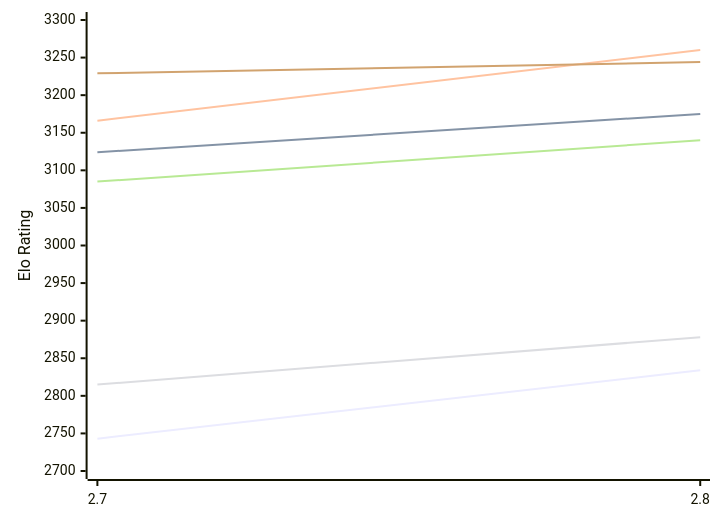
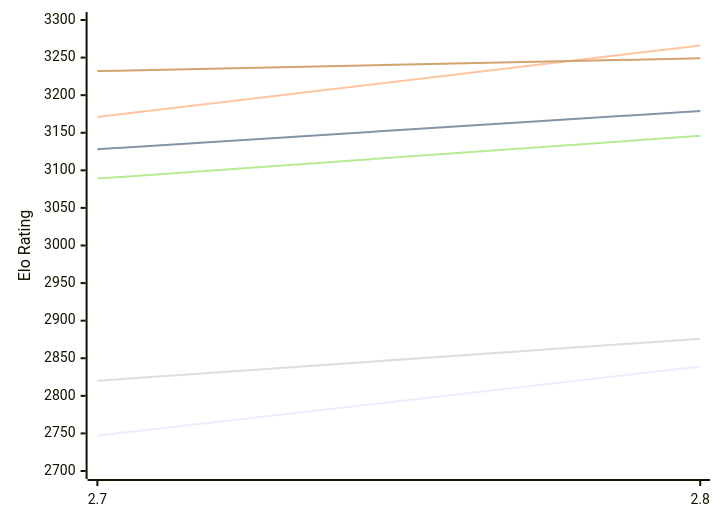
The first of 2 diagrams in engines/Arcanum.md (computer-chess-index/cci), drawn with Mermaid before and after one commit. The commit also changed other lines of this file, not shown here.

Commit message:
Update CCI Ratings (ELO VLTC) - 2026-11-20

````diff
--- a/engines/Arcanum.md
+++ b/engines/Arcanum.md
@@ -50,12 +50,12 @@
 ```mermaid
 %%{init: {"theme":"base","themeVariables":{"seriesColors:['#a3a3a3','#222221','#faa371']}}}%%
 xychart-beta
   x-axis ["2.7", "2.8"]
   y-axis "Elo Rating" 2700 --> 3300
-  line "E1: STC (8.0+0.08s)" [2743, 2834]
-  line "E1: LTC (60.0+0.60s)" [3124, 3175]
-  line "E1: VLTC (2m24s+1.12s)" [3166, 3260]
-  line "P1: STC (8.0+0.08s)" [2815, 2878]
-  line "P1: LTC (60.0+0.60s)" [3085, 3140]
-  line "P1: VLTC (2m24s+1.12s)" [3229, 3244]
+  line "E1: STC (8.0+0.08s)" [2747, 2839]
+  line "E1: LTC (60.0+0.60s)" [3128, 3179]
+  line "E1: VLTC (2m24s+1.12s)" [3171, 3266]
+  line "P1: STC (8.0+0.08s)" [2820, 2876]
+  line "P1: LTC (60.0+0.60s)" [3089, 3146]
+  line "P1: VLTC (2m24s+1.12s)" [3232, 3249]
 ```
````
